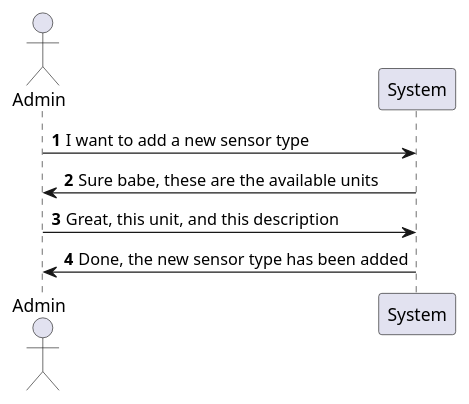
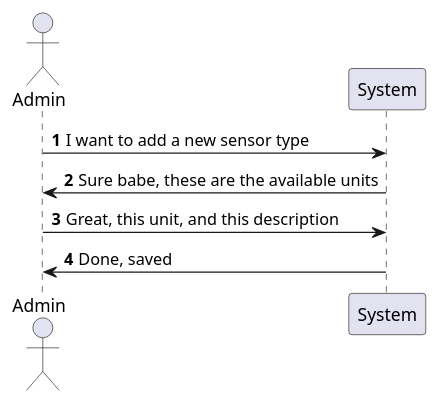
One commit to olivDiogo/SmartHome changed the diagram in docs/userStories/us04/artifacts/US04SSD.puml. Above: the diagram before and after it, drawn with PlantUML. The commit also changed 12 other files, not shown here.

Commit message:
#127 updated diagrams for US04 #59 updated example diagrams

```diff
--- a/docs/userStories/us04/artifacts/US04SSD.puml
+++ b/docs/userStories/us04/artifacts/US04SSD.puml
@@ -1,16 +1,17 @@
 @startuml
 'As an Administrator, I want to have a list of existing rooms, so that I can choose
 'one to edit it.'
 
 !pragma layout smetana
 autonumber
 
 actor Admin
 participant System
 
 Admin -> System: I want to add a new sensor type
 System -> Admin: Sure babe, these are the available units
 Admin -> System: Great, this unit, and this description
-System -> Admin: Done, the new sensor type has been added
+
+System -> Admin: Done, saved
 
 @enduml
```
